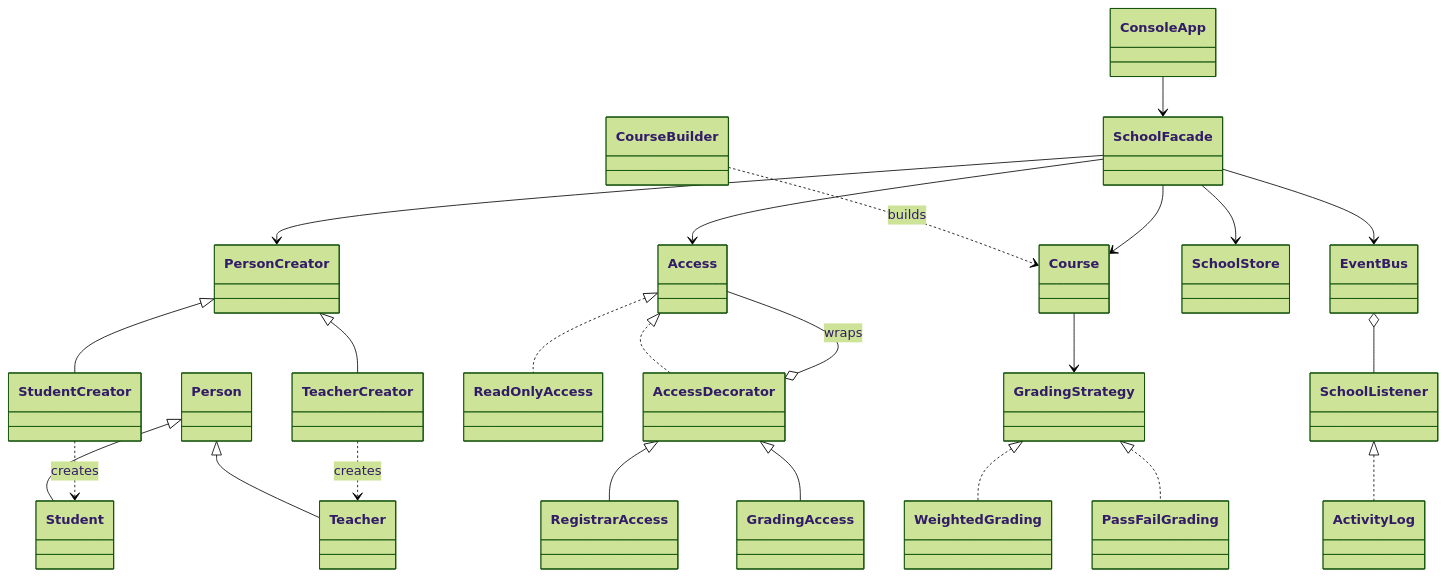
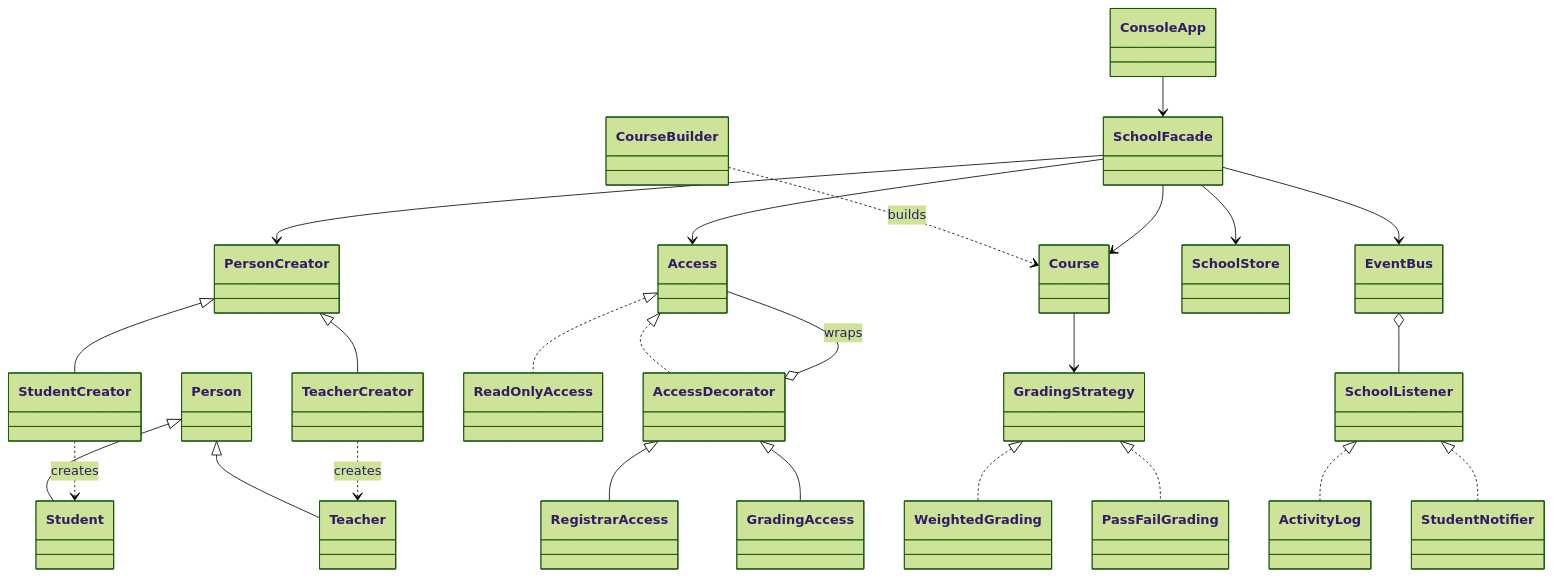
One commit to Asylstyle/school-management-system changed the first of 2 diagrams in docs/architecture.md. Above: the diagram before and after it, drawn with Mermaid (forest theme). The commit also changed other lines of this file and 12 other files, not shown here.

Commit message:
Update report, diagrams and screenshots for StudentNotifier

````diff
--- a/docs/architecture.md
+++ b/docs/architecture.md
@@ -5,26 +5,27 @@
 ```mermaid
 classDiagram
   PersonCreator <|-- StudentCreator
   PersonCreator <|-- TeacherCreator
   Person <|-- Student
   Person <|-- Teacher
   StudentCreator ..> Student : creates
   TeacherCreator ..> Teacher : creates
   Access <|.. ReadOnlyAccess
   Access <|.. AccessDecorator
   AccessDecorator o-- Access : wraps
   AccessDecorator <|-- RegistrarAccess
   AccessDecorator <|-- GradingAccess
   CourseBuilder ..> Course : builds
   Course --> GradingStrategy
   GradingStrategy <|.. WeightedGrading
   GradingStrategy <|.. PassFailGrading
   SchoolFacade --> PersonCreator
   SchoolFacade --> Access
   SchoolFacade --> Course
   SchoolFacade --> SchoolStore
   SchoolFacade --> EventBus
   EventBus o-- SchoolListener
   SchoolListener <|.. ActivityLog
+  SchoolListener <|.. StudentNotifier
   ConsoleApp --> SchoolFacade
 ```
````
